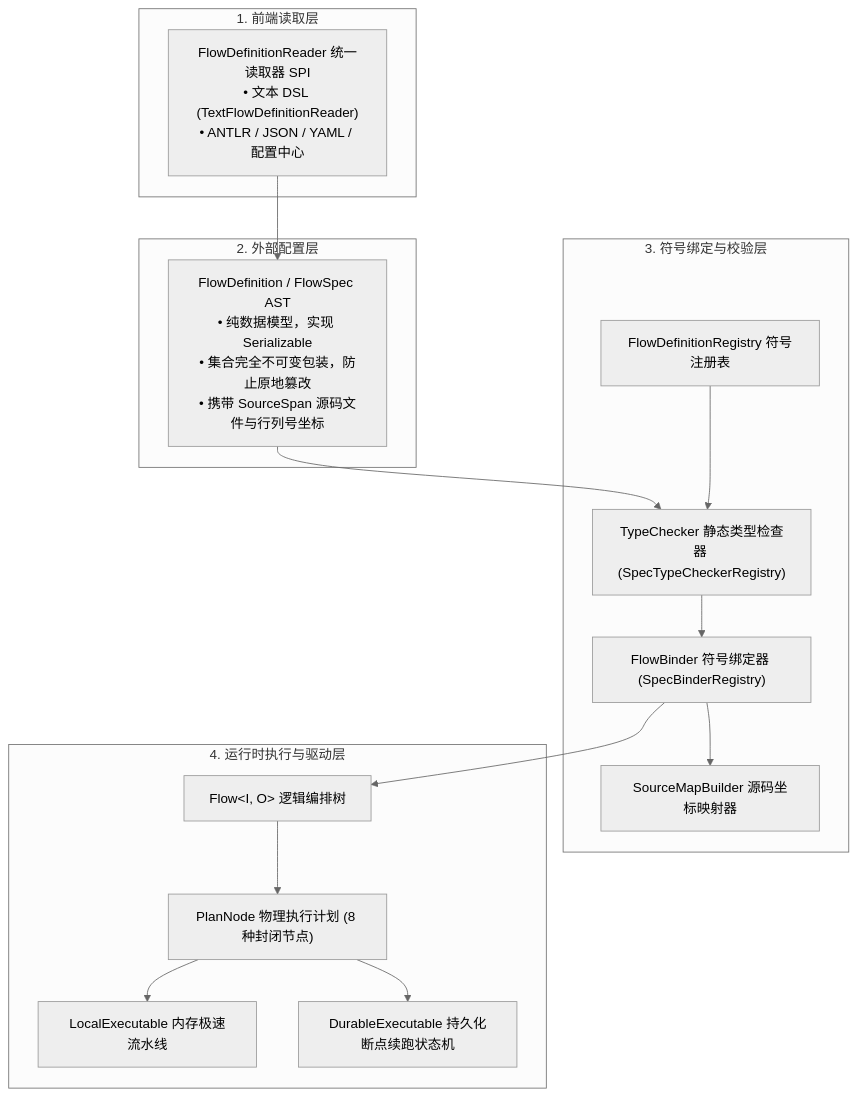
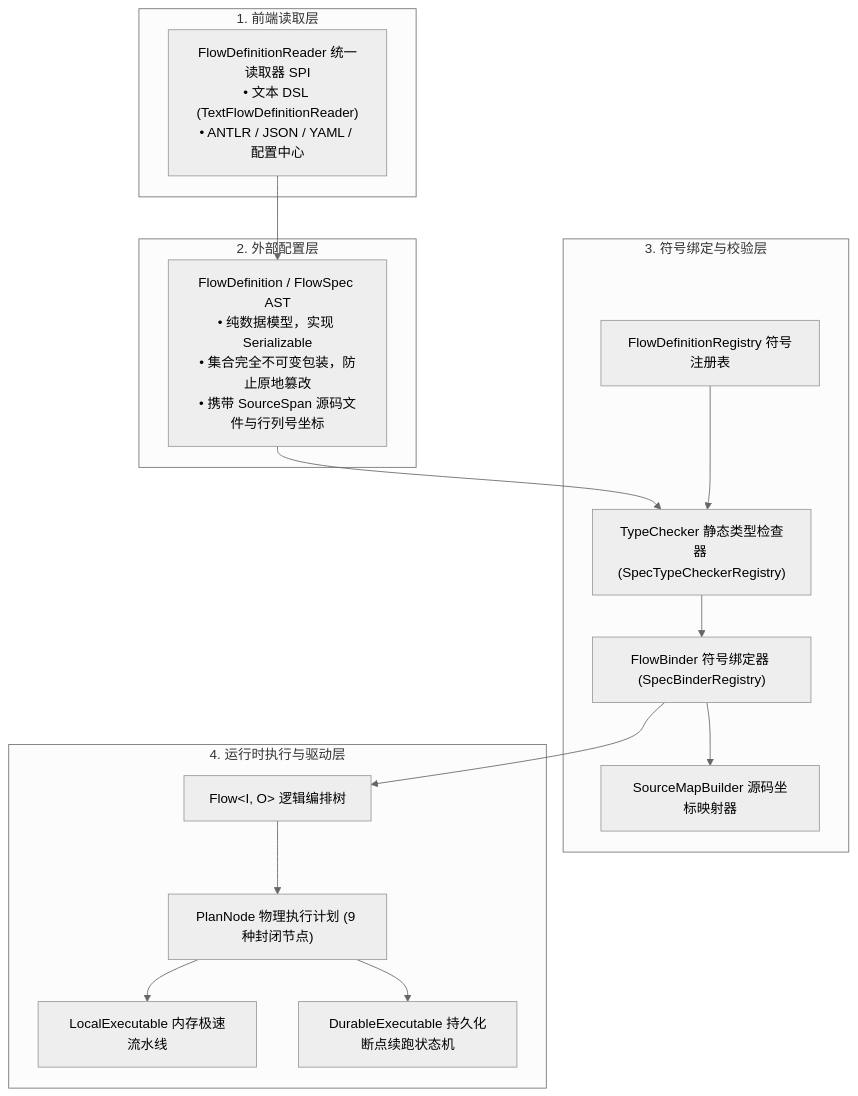
Before and after one commit to team4u/team4u-framework: the second of 4 diagrams in docs/flow/flow-definition.md, drawn with Mermaid (neutral theme). The commit also changed other lines of this file and 4 other files, not shown here.

Commit message:
docs(flow): update flow documentation for adapter node, convenience APIs, property projection, and joins

````diff
--- a/docs/flow/flow-definition.md
+++ b/docs/flow/flow-definition.md
@@ -63,27 +63,27 @@
 ```mermaid
 graph TD
     subgraph "1. 前端读取层"
         RDR["FlowDefinitionReader 统一读取器 SPI<br/>• 文本 DSL (TextFlowDefinitionReader)<br/>• ANTLR / JSON / YAML / 配置中心"]
     end
 
     subgraph "2. 外部配置层"
         AST["FlowDefinition / FlowSpec AST<br/>• 纯数据模型，实现 Serializable<br/>• 集合完全不可变包装，防止原地篡改<br/>• 携带 SourceSpan 源码文件与行列号坐标"]
         RDR --> AST
     end
 
     subgraph "3. 符号绑定与校验层"
         REG["FlowDefinitionRegistry 符号注册表"]
         TC["TypeChecker 静态类型检查器 (SpecTypeCheckerRegistry)"]
         FB["FlowBinder 符号绑定器 (SpecBinderRegistry)"]
         SM["SourceMapBuilder 源码坐标映射器"]
         AST & REG --> TC --> FB --> SM
     end
 
     subgraph "4. 运行时执行与驱动层"
         LOG["Flow&lt;I, O&gt; 逻辑编排树"]
-        PLAN["PlanNode 物理执行计划 (8 种封闭节点)"]
+        PLAN["PlanNode 物理执行计划 (9 种封闭节点)"]
         FB --> LOG --> PLAN
         PLAN --> LOC["LocalExecutable 内存极速流水线"]
         PLAN --> DUR["DurableExecutable 持久化断点续跑状态机"]
     end
 ```
````
